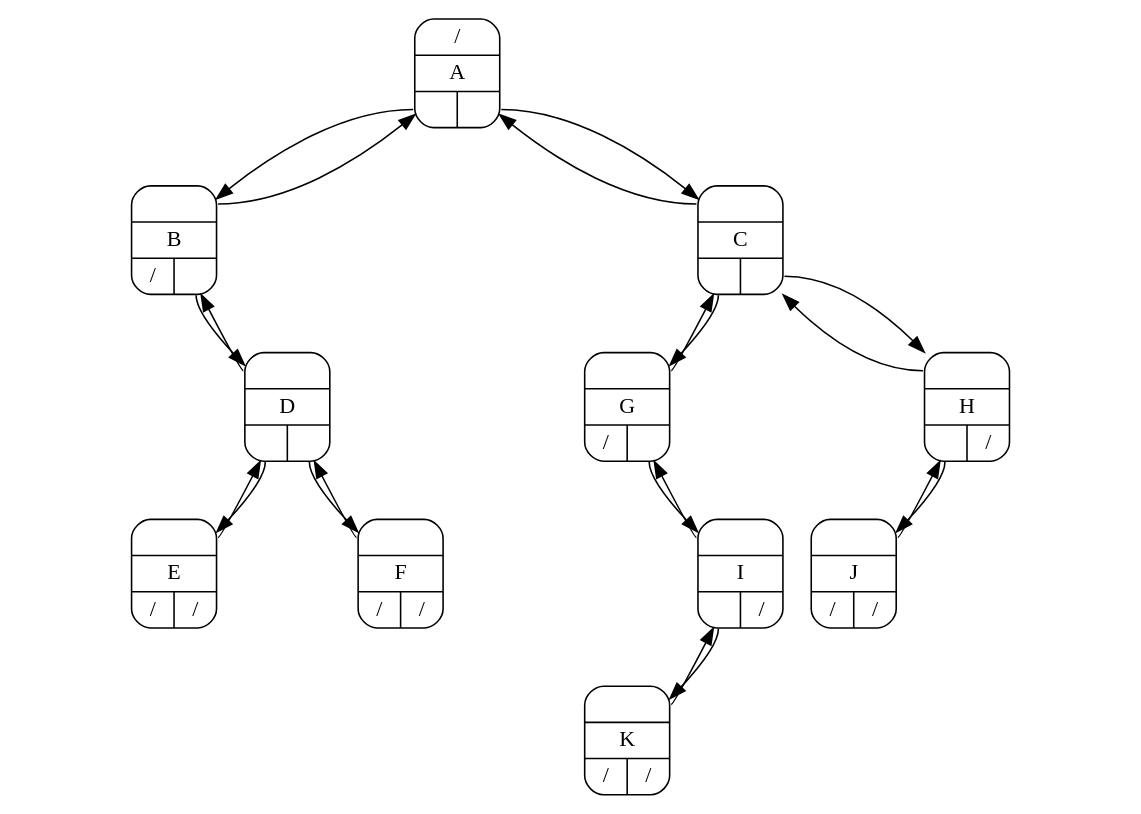
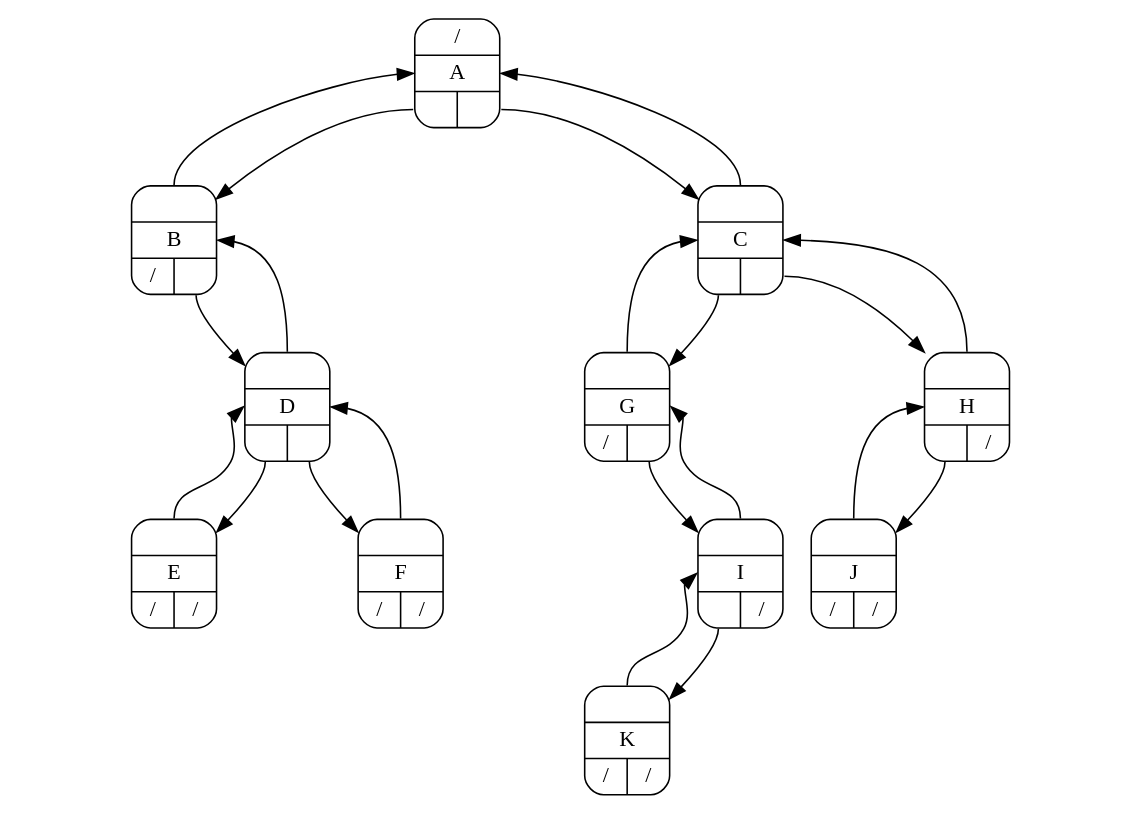
The diagram in ROOT/CODE/Learn/Algorithms/IntroductionToAlgorithmsIII/resource/graphviz/pointTree.dot (sleeplacker/ling-hub), drawn with Graphviz before and after one commit. The commit also changed 9 other files, not shown here.

```diff
--- a/ROOT/CODE/Learn/Algorithms/IntroductionToAlgorithmsIII/resource/graphviz/pointTree.dot
+++ b/ROOT/CODE/Learn/Algorithms/IntroductionToAlgorithmsIII/resource/graphviz/pointTree.dot
@@ -1,66 +1,66 @@
 // 二叉树的指针实现
 digraph G {
     node [shape=Mrecord];//Mrecord为圆角
-	
+	graph [spline=line];
 	/**
 	|：横向分割
 	{}：竖向分割
 	*/
-	node1 [label="{<P>/|<D>A|{<L>|<R>}}"];//<>中为隐藏域
-	node2 [label="{<P>|<D>B|{<L>/|<R>}}"];
-	node3 [label="{<P>|<D>C|{<L>|<R>}}"];
-	node4 [label="{<P>|<D>D|{<L>|<R>}}"];
-	node5 [label="{<P>|<D>E|{<L>/|<R>/}}"];
-	node6 [label="{<P>|<D>F|{<L>/|<R>/}}"];
-	node7 [label="{<P>|<D>G|{<L>/|<R>}}"];
-	node8 [label="{<P>|<D>H|{<L>|<R>/}}"];
-	node9 [label="{<P>|<D>I|{<L>|<R>/}}"];
-	nodeA [label="{<P>|<D>J|{<L>/|<R>/}}"];
-	nodeB [label="{<P>|<D>K|{<L>/|<R>/}}"];
+	nodeA [label="{<P>/|<D>A|{<L>|<R>}}"];//<>中为隐藏域
+	nodeB [label="{<P>|<D>B|{<L>/|<R>}}"];
+	nodeC [label="{<P>|<D>C|{<L>|<R>}}"];
+	nodeD [label="{<P>|<D>D|{<L>|<R>}}"];
+	nodeE [label="{<P>|<D>E|{<L>/|<R>/}}"];
+	nodeF [label="{<P>|<D>F|{<L>/|<R>/}}"];
+	nodeG [label="{<P>|<D>G|{<L>/|<R>}}"];
+	nodeH [label="{<P>|<D>H|{<L>|<R>/}}"];
+	nodeI [label="{<P>|<D>I|{<L>|<R>/}}"];
+	nodeJ [label="{<P>|<D>J|{<L>/|<R>/}}"];
+	nodeK [label="{<P>|<D>K|{<L>/|<R>/}}"];
 	                   
 	// : 后面跟一个结点的指定区域
-	node1:L -> node2;
-	node1 -> e1 [weight=10 style="invis"];
-	node1:R -> node3;
-	node2:P -> node1;
-	node3:P -> node1;
+	nodeA:L -> nodeB;
+	nodeA -> e1 [weight=10 style="invis"];
+	nodeA:R -> nodeC;
+	nodeB:P:n -> nodeA:w;
+	nodeC:P:n -> nodeA:e;
 	
-	node2 -> e2 [weight=10 style="invis"];
-	node2 -> e3 [weight=10 style="invis"];
-	node2:R -> node4;
-	node4:P -> node2;
+	nodeB -> e2 [weight=10 style="invis"];
+	nodeB -> e3 [weight=10 style="invis"];
+	nodeB:R -> nodeD;
+	nodeD:P:n -> nodeB:e;
 	
-	node4:L -> node5;
-	node4 -> e4 [weight=10 style="invis"];
-	node4:R -> node6;
-	node5:P -> node4;
-	node6:P -> node4;
+	nodeD:L -> nodeE;
+	nodeD -> e4 [weight=10 style="invis"];
+	nodeD:R -> nodeF;
+	nodeE:P:n -> nodeD:w;
+	nodeF:P:n -> nodeD:e;
 	
-	node3:L -> node7;
-	node3 -> e5 [weight=10 style="invis"];
-	node3:R -> node8;
-	node7:P -> node3;
-	node8:P -> node3;
+	nodeC:L -> nodeG;
+	nodeC -> e5 [weight=10 style="invis"];
+	nodeC:R -> nodeH;
+	nodeG:P:n -> nodeC:w;
+	nodeH:P:n -> nodeC:e;
 	
-	node7 -> e6 [weight=10 style="invis"];
-	node7 -> e7 [weight=10 style="invis"];
-	node7:R -> node9;
-	node9:P -> node7;
+	nodeG -> e6 [weight=10 style="invis"];
+	nodeG -> e7 [weight=10 style="invis"];
+	nodeG:R -> nodeI;
+	nodeI:P:n -> nodeG:e;
 	
-	node8:L -> nodeA;
-	node8 -> e8 [weight=10 style="invis"];
-	node8 -> e9 [weight=10 style="invis"];
-	nodeA:P -> node8;
+	nodeH:L -> nodeJ;
+	nodeH -> e8 [weight=10 style="invis"];
+	nodeH -> e9 [weight=10 style="invis"];
+	nodeJ:P:n -> nodeH:w;
 	
-	node9:L -> nodeB;
-	node9 -> e10 [weight=10 style="invis"];
-	node9 -> e11 [weight=10 style="invis"];
-	nodeB:P -> node9;
+	nodeI:L -> nodeK;
+	nodeI -> e10 [weight=10 style="invis"];
+	nodeI -> e11 [weight=10 style="invis"];
+	nodeK:P:n -> nodeI:w;
     // 隐藏中间节点的连线
     //5 -- m2 [weight=10 style="invis"];
 	// 隐藏中间节点
     e1,e2,e3,e4,e5,e6,e7,e8,e9,e10,e11 [label="" style="invis"]
 	// 
 	//n5 [label="5"]
 }
 //dot pointTree.dot -T png -o pointTree.png
```
